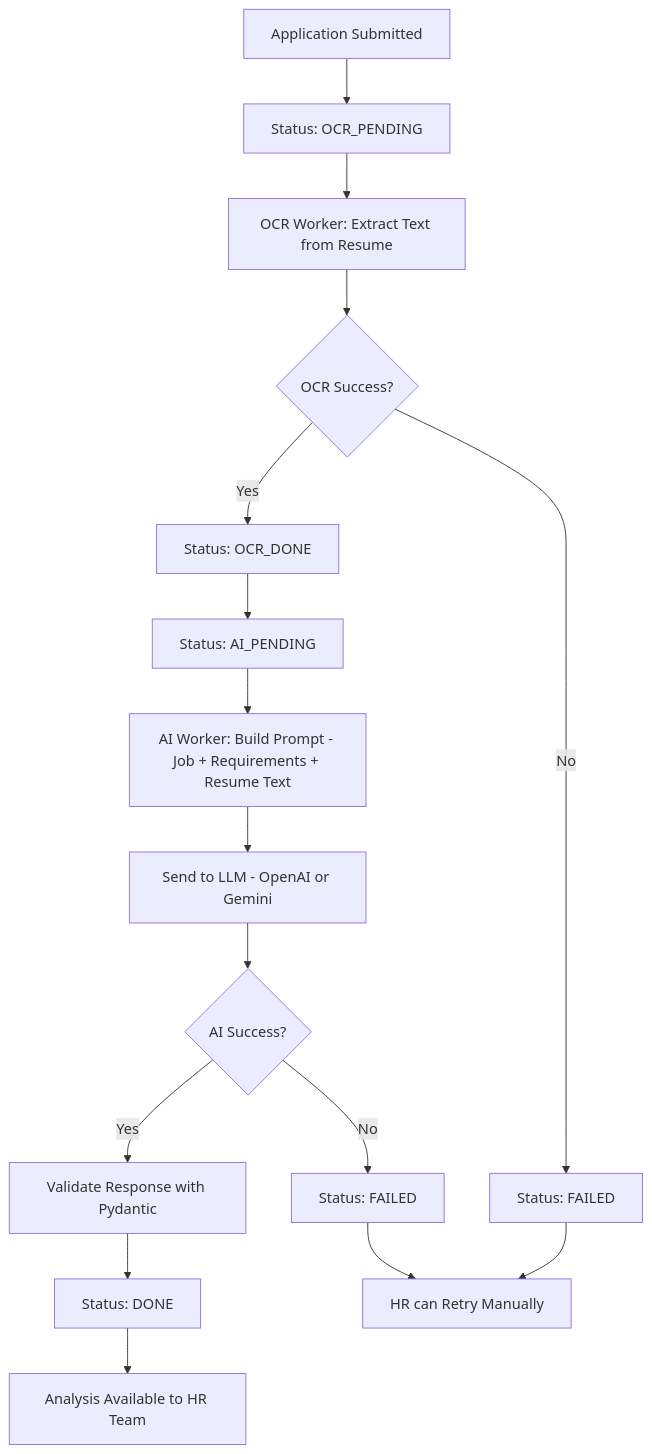
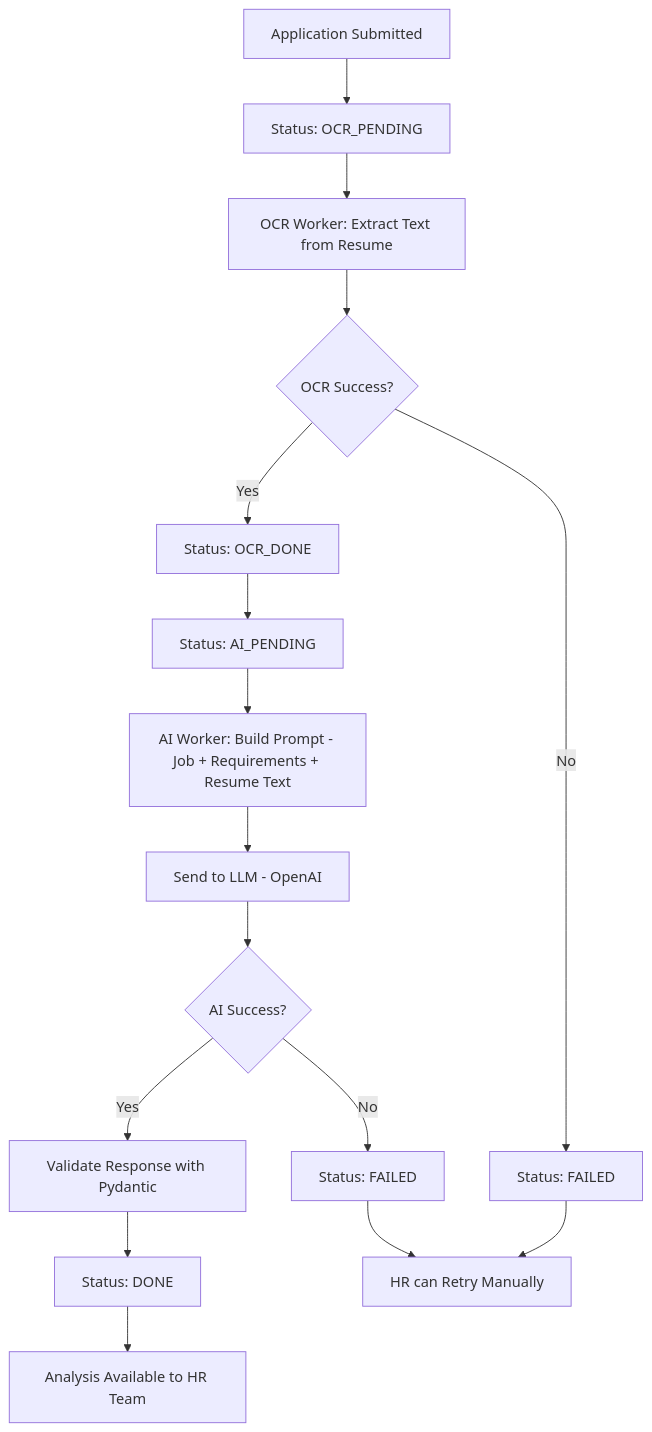
Before and after one commit to roiceee/talentika: the fifth of 6 diagrams in infrastructure/BUSINESS_LOGIC_FLOWS.md, drawn with Mermaid. The commit also changed 13 other files, not shown here.

````diff
--- a/infrastructure/BUSINESS_LOGIC_FLOWS.md
+++ b/infrastructure/BUSINESS_LOGIC_FLOWS.md
@@ -74,18 +74,18 @@
 ```mermaid
 flowchart TD
     A[Application Submitted] --> B[Status: OCR_PENDING]
     B --> C[OCR Worker: Extract Text from Resume]
     C --> D{OCR Success?}
     D -->|Yes| E[Status: OCR_DONE]
     D -->|No| F[Status: FAILED]
     E --> G[Status: AI_PENDING]
     G --> H[AI Worker: Build Prompt - Job + Requirements + Resume Text]
-    H --> I[Send to LLM - OpenAI or Gemini]
+    H --> I[Send to LLM - OpenAI]
     I --> J{AI Success?}
     J -->|Yes| K[Validate Response with Pydantic]
     J -->|No| L[Status: FAILED]
     K --> M[Status: DONE]
     M --> N[Analysis Available to HR Team]
     F --> O[HR can Retry Manually]
     L --> O
 ```
````
